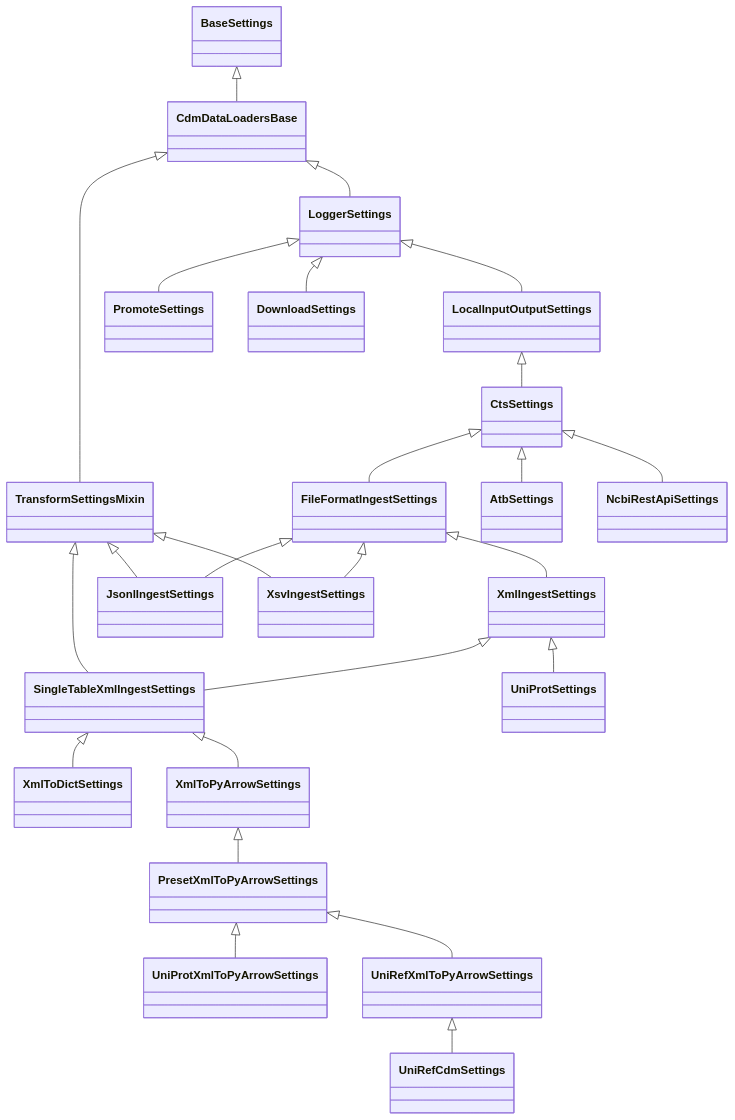
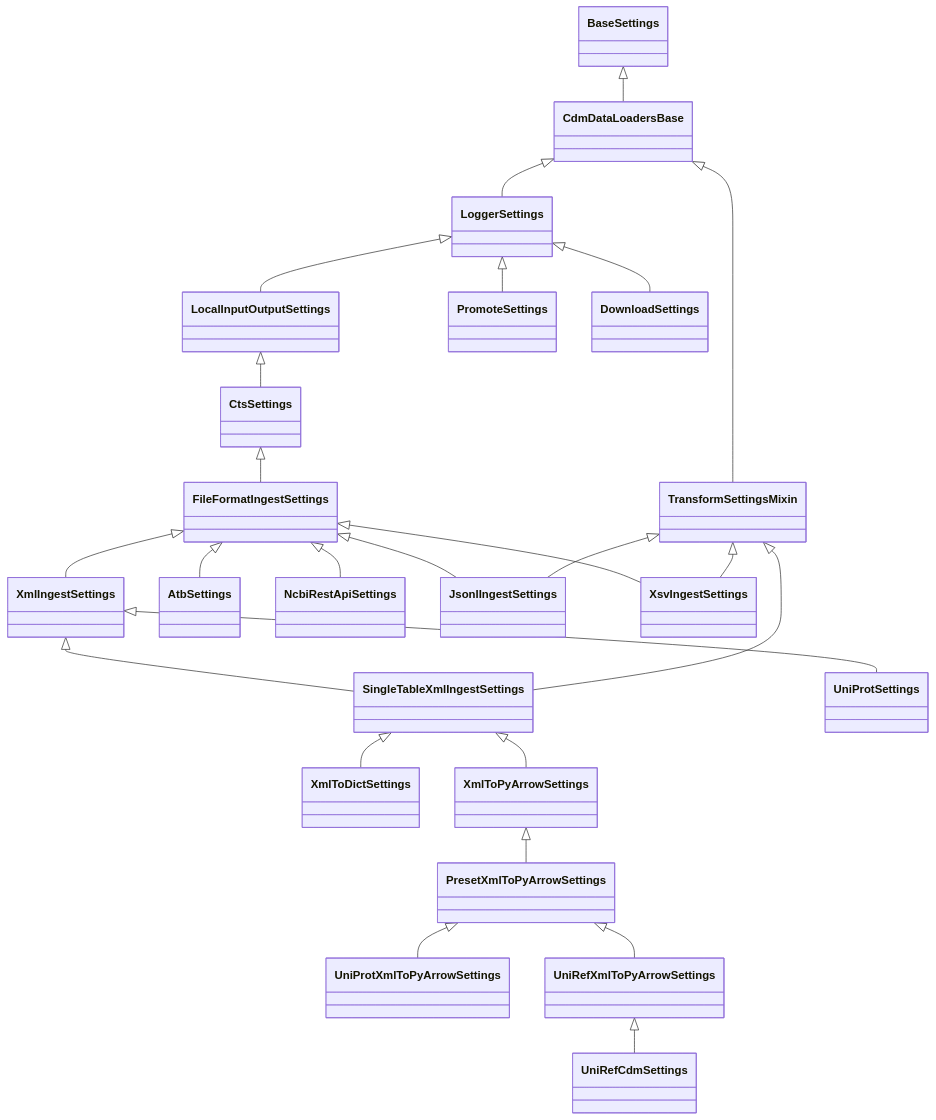
Before and after one commit to kbase/cdm-data-loaders: the first of 2 diagrams in docs/core_cts_execution.md, drawn with Mermaid. The commit also changed other lines of this file and 21 other files, not shown here.

````diff
--- a/docs/core_cts_execution.md
+++ b/docs/core_cts_execution.md
@@ -98,28 +98,28 @@
 ```mermaid
 classDiagram
     BaseSettings <|-- CdmDataLoadersBase
     CdmDataLoadersBase <|-- LoggerSettings
     CdmDataLoadersBase <|-- TransformSettingsMixin
     LoggerSettings <|-- LocalInputOutputSettings
     LocalInputOutputSettings <|-- CtsSettings
     CtsSettings <|-- FileFormatIngestSettings
     FileFormatIngestSettings <|-- XmlIngestSettings
     XmlIngestSettings <|-- SingleTableXmlIngestSettings
     TransformSettingsMixin <|-- SingleTableXmlIngestSettings
 
     LoggerSettings <|-- PromoteSettings
     LoggerSettings <|-- DownloadSettings
-    CtsSettings <|-- AtbSettings
-    CtsSettings <|-- NcbiRestApiSettings
+    FileFormatIngestSettings <|-- AtbSettings
+    FileFormatIngestSettings <|-- NcbiRestApiSettings
     XmlIngestSettings <|-- UniProtSettings
     FileFormatIngestSettings <|-- JsonlIngestSettings
     FileFormatIngestSettings <|-- XsvIngestSettings
     TransformSettingsMixin <|-- JsonlIngestSettings
     TransformSettingsMixin <|-- XsvIngestSettings
     SingleTableXmlIngestSettings <|-- XmlToDictSettings
     SingleTableXmlIngestSettings <|-- XmlToPyArrowSettings
     XmlToPyArrowSettings <|-- PresetXmlToPyArrowSettings
     PresetXmlToPyArrowSettings <|-- UniProtXmlToPyArrowSettings
     PresetXmlToPyArrowSettings <|-- UniRefXmlToPyArrowSettings
     UniRefXmlToPyArrowSettings <|-- UniRefCdmSettings
 ```
````
